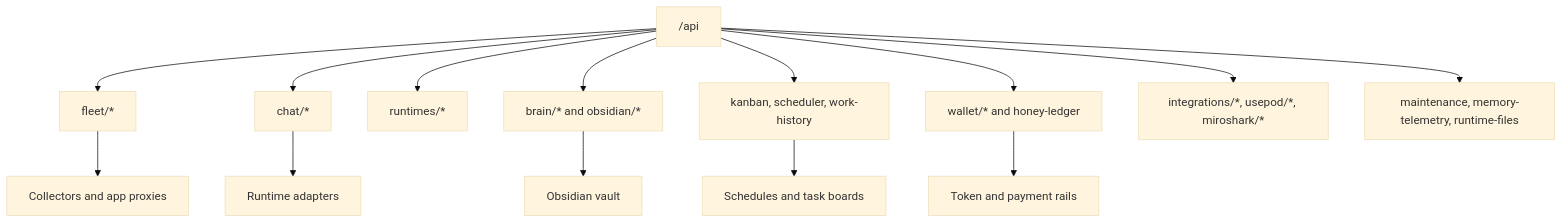
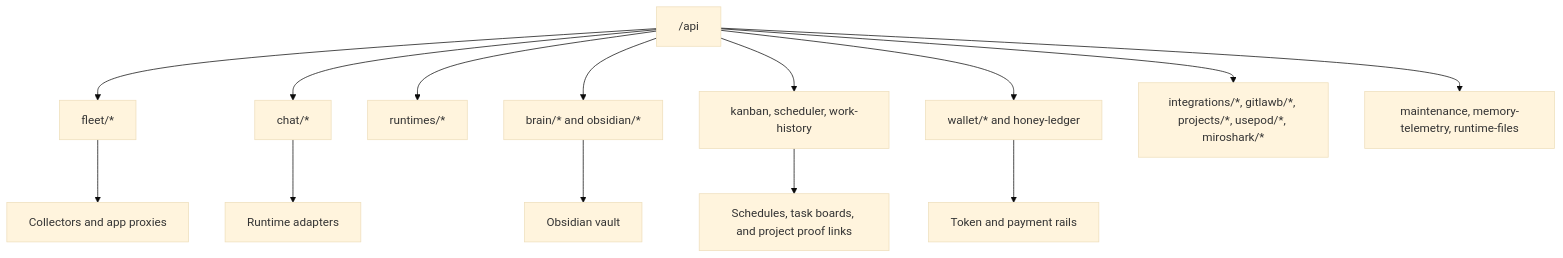
Diagram 14 of 15 in docs/diagrams.md (LiamVisionary/hivemindos), drawn with Mermaid (base theme) before and after one commit. The commit also changed 176 other files, not shown here.

````diff
--- a/docs/diagrams.md
+++ b/docs/diagrams.md
@@ -320,16 +320,16 @@
 ```mermaid
 flowchart TB
   Api["/api"] --> Fleet["fleet/*"]
   Api --> Chat["chat/*"]
   Api --> Runtimes["runtimes/*"]
   Api --> Brain["brain/* and obsidian/*"]
   Api --> Work["kanban, scheduler, work-history"]
   Api --> Wallet["wallet/* and honey-ledger"]
-  Api --> Integrations["integrations/*, usepod/*, miroshark/*"]
+  Api --> Integrations["integrations/*, gitlawb/*, projects/*, usepod/*, miroshark/*"]
   Api --> Ops["maintenance, memory-telemetry, runtime-files"]
   Fleet --> Collectors["Collectors and app proxies"]
   Chat --> RuntimeAdapters["Runtime adapters"]
   Brain --> Vault["Obsidian vault"]
-  Work --> SharedSchedules["Schedules and task boards"]
+  Work --> SharedSchedules["Schedules, task boards, and project proof links"]
   Wallet --> PaymentRails["Token and payment rails"]
 ```
````
